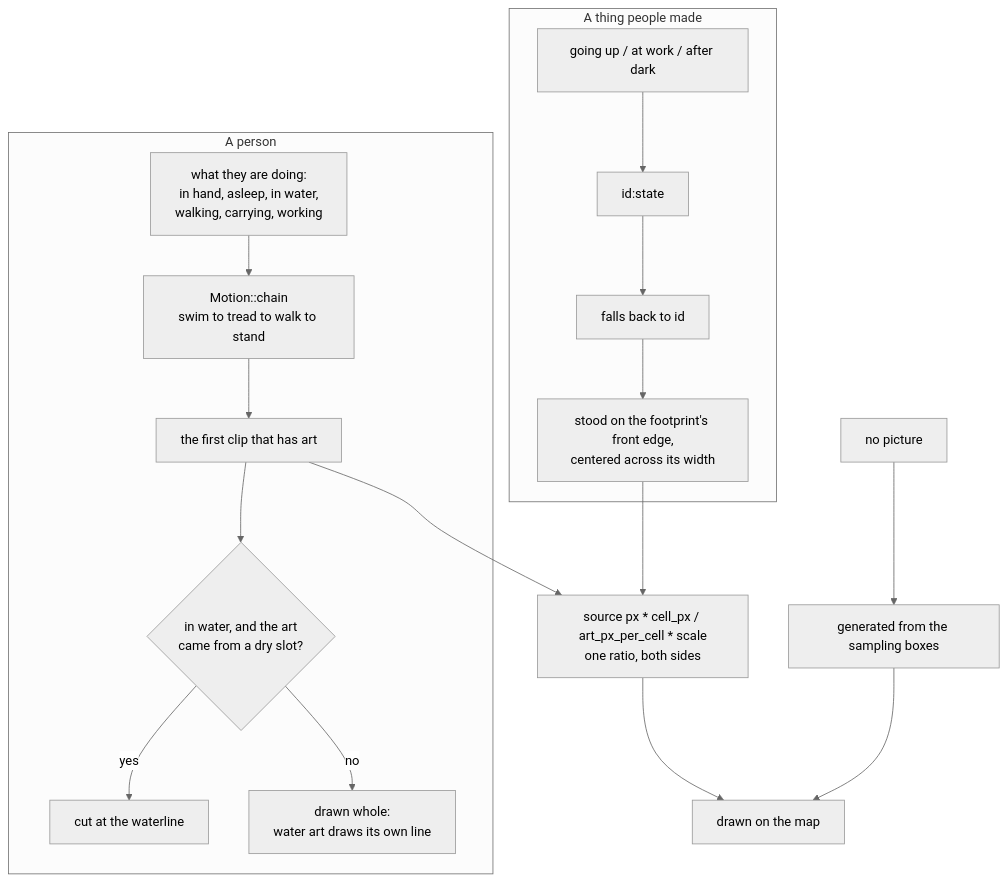
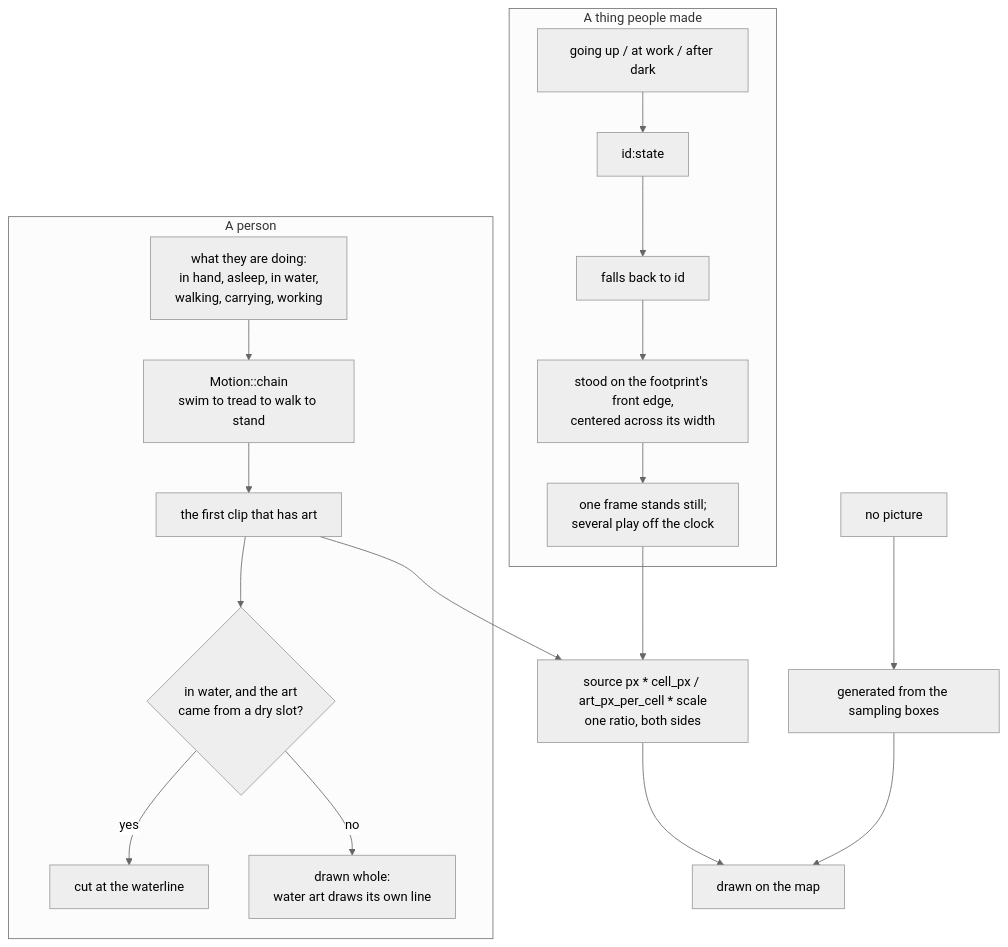
Diagram 39 of 48 in ARCHITECTURE.md (tmpk13/grow), drawn with Mermaid (neutral theme) before and after one commit. The commit also changed other lines of this file and 7 other files, not shown here.

````diff
--- a/ARCHITECTURE.md
+++ b/ARCHITECTURE.md
@@ -1874,20 +1931,21 @@
 ```mermaid
 flowchart TD
   subgraph people [A person]
     motion["what they are doing:<br/>in hand, asleep, in water,<br/>walking, carrying, working"] --> chain["Motion::chain<br/>swim to tread to walk to stand"]
     chain --> clip["the first clip that has art"]
     clip --> wet{"in water, and the art<br/>came from a dry slot?"}
     wet -->|yes| cutoff["cut at the waterline"]
     wet -->|no| whole["drawn whole:<br/>water art draws its own line"]
   end
   subgraph made [A thing people made]
     state["going up / at work / after dark"] --> key["id:state"]
     key --> fall["falls back to id"]
     fall --> stand["stood on the footprint's front edge,<br/>centered across its width"]
+    stand --> play["one frame stands still;<br/>several play off the clock"]
   end
   clip --> size["source px * cell_px / art_px_per_cell * scale<br/>one ratio, both sides"]
-  stand --> size
+  play --> size
   size --> draw["drawn on the map"]
   none["no picture"] --> gen["generated from the sampling boxes"]
   gen --> draw
 ```
````
